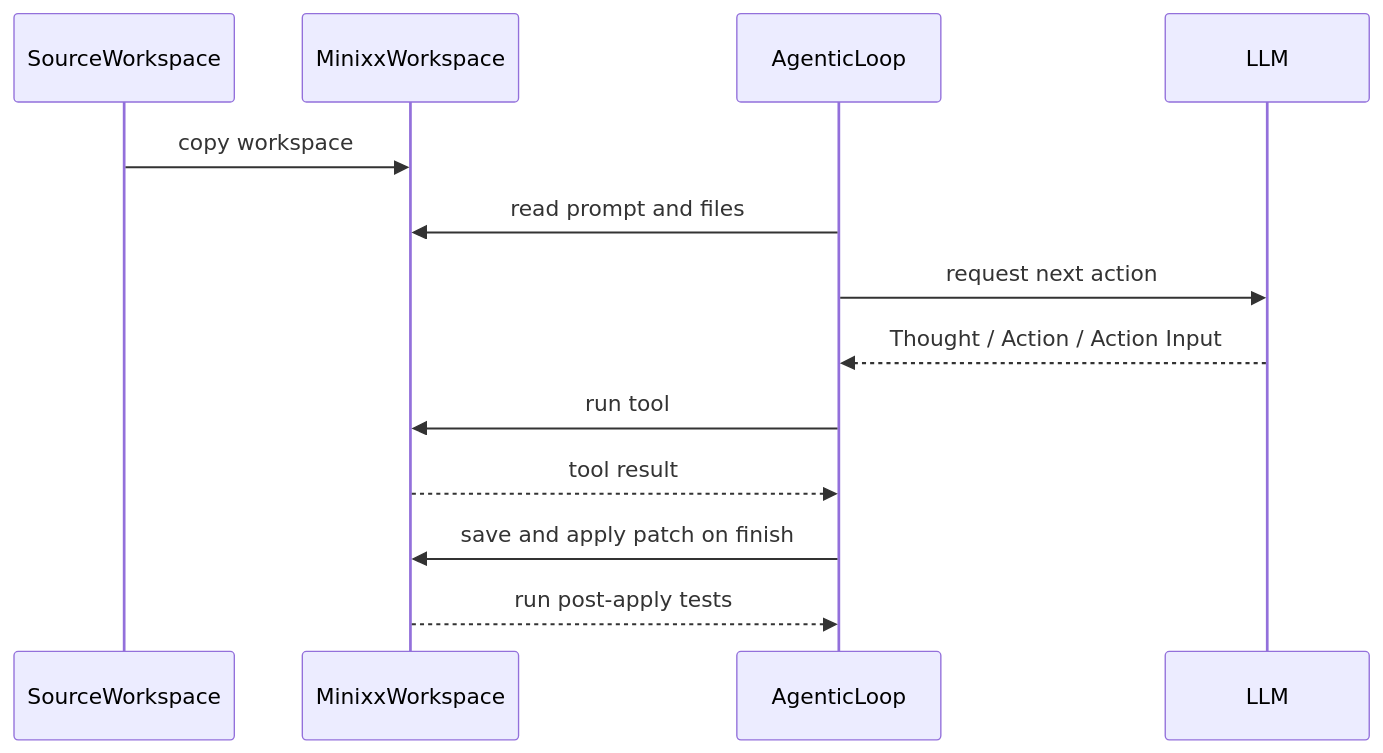
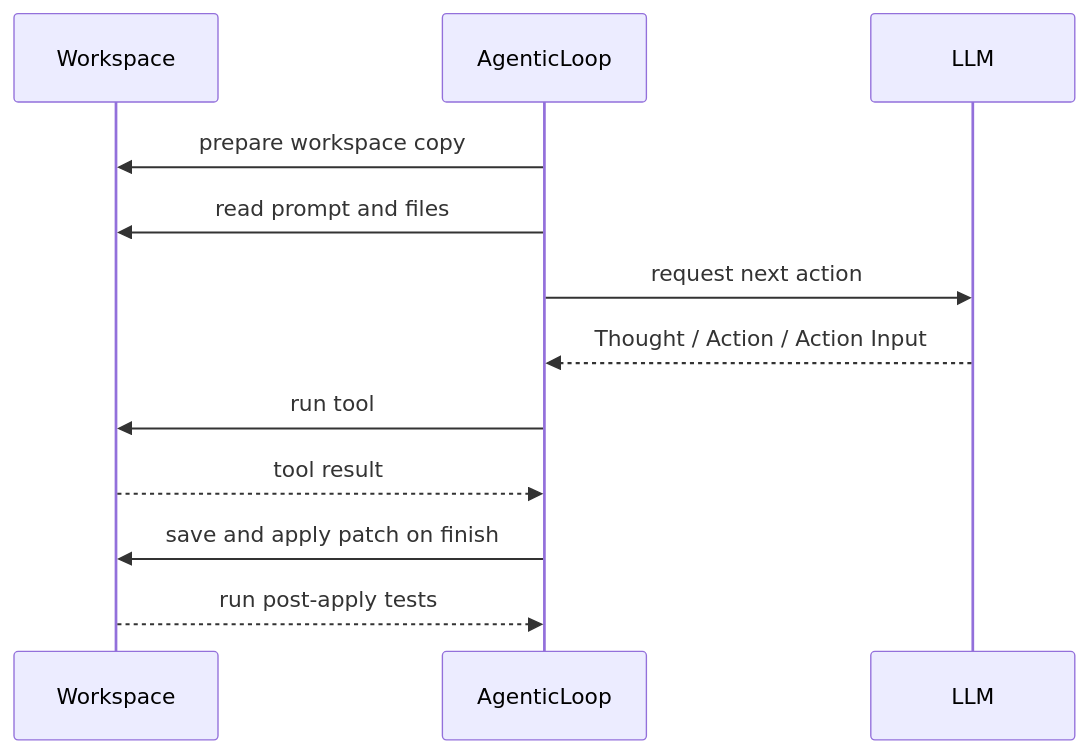
Before and after one commit to mtov/minixx: the first of 2 diagrams in README.md, drawn with Mermaid. The commit also changed other lines of this file, not shown here.

Commit message:
docs: simplify README architecture and sequence diagrams

````diff
--- a/README.md
+++ b/README.md
@@ -206,16 +206,15 @@
 ```mermaid
 sequenceDiagram
-    participant Source as SourceWorkspace
-    participant Runtime as MinixxWorkspace
+    participant Workspace as Workspace
     participant AgentLoop as AgenticLoop
     participant Model as LLM
 
-    Source->>Runtime: copy workspace
-    AgentLoop->>Runtime: read prompt and files
+    AgentLoop->>Workspace: prepare workspace copy
+    AgentLoop->>Workspace: read prompt and files
     AgentLoop->>Model: request next action
     Model-->>AgentLoop: Thought / Action / Action Input
-    AgentLoop->>Runtime: run tool
-    Runtime-->>AgentLoop: tool result
-    AgentLoop->>Runtime: save and apply patch on finish
-    Runtime-->>AgentLoop: run post-apply tests
+    AgentLoop->>Workspace: run tool
+    Workspace-->>AgentLoop: tool result
+    AgentLoop->>Workspace: save and apply patch on finish
+    Workspace-->>AgentLoop: run post-apply tests
 ```
````
